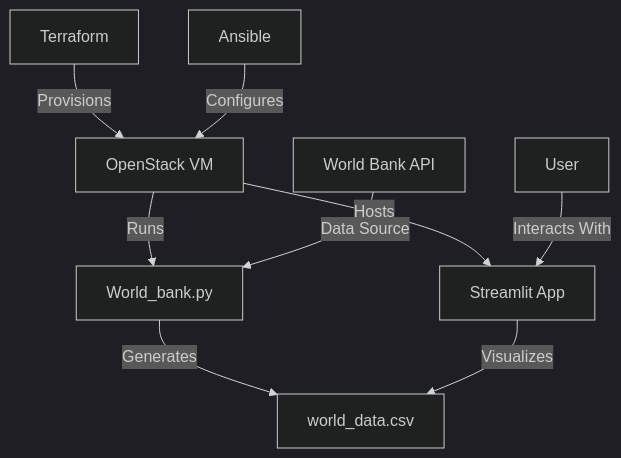
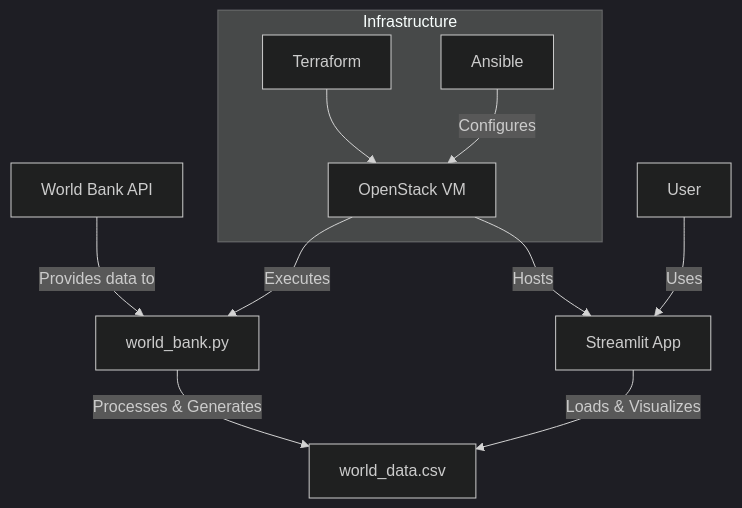
One commit to ArturBR03/CloudComputing changed the first of 2 diagrams in README.md. Above: the diagram before and after it, drawn with Mermaid (dark theme).

````diff
--- a/README.md
+++ b/README.md
@@ -23,11 +23,17 @@
 ```mermaid
 graph TD
-    A[Terraform] -->|Provisions| B[OpenStack VM]
-    C[Ansible] -->|Configures| B
-    B -->|Runs| D[World_bank.py]
-    D -->|Generates| E[world_data.csv]
+    G[World Bank API] -->|Provides data to| D[world_bank.py]
+    D -->|Processes & Generates| E[world_data.csv]
+
+    subgraph Infrastructure
+        A[Terraform] --> B[OpenStack VM]
+        C[Ansible] -->|Configures| B
+    end
+
+    B -->|Executes| D
     B -->|Hosts| F[Streamlit App]
-    F -->|Visualizes| E
-    G[World Bank API] -->|Data Source| D
-    H[User] -->|Interacts With| F
+
+    F -->|Loads & Visualizes| E
+    H[User] -->|Uses| F
+
 ```
````
